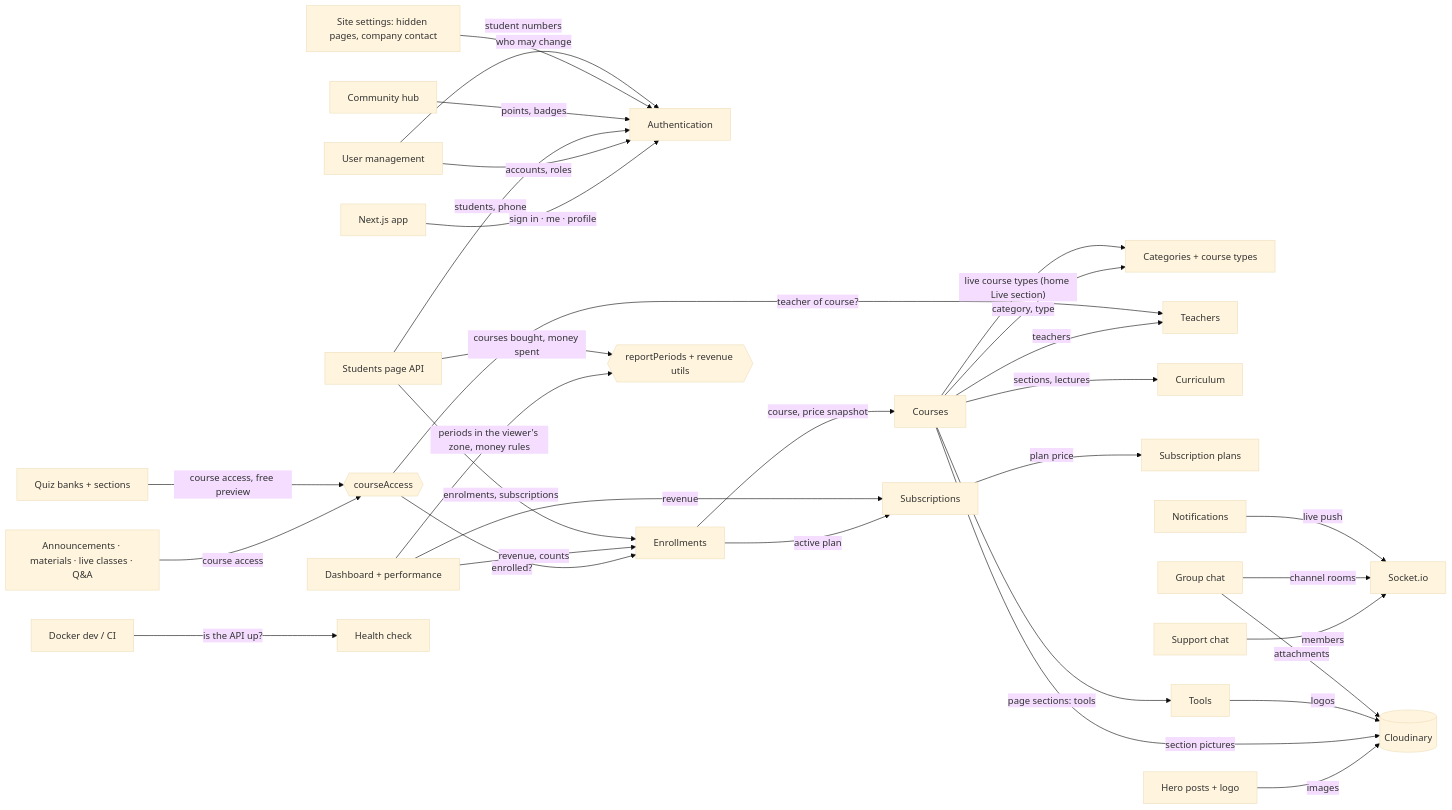
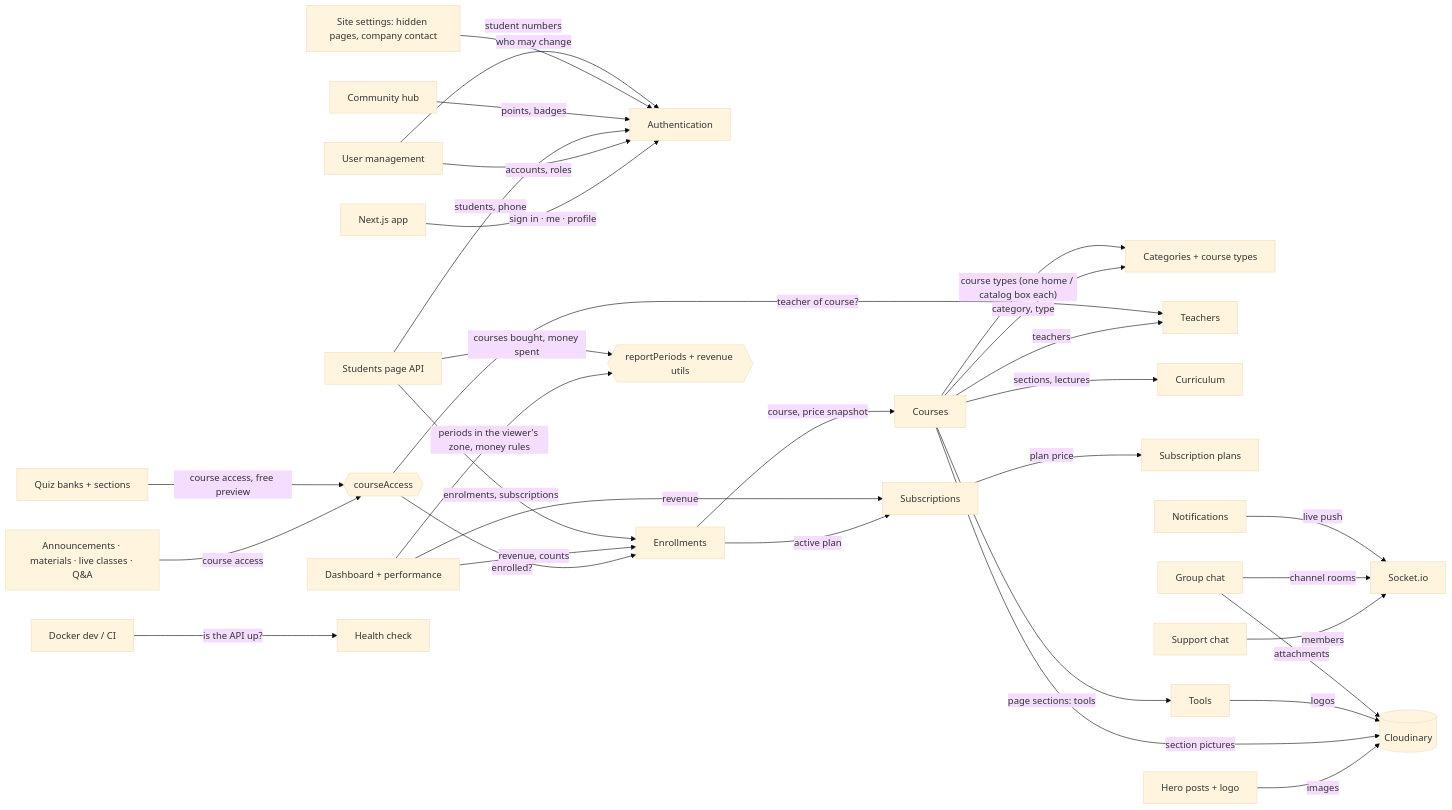
The second of 8 diagrams in docs/architecture.md (Yazdani1/Ed-Tech-Learning-Platforms), drawn with Mermaid (base theme) before and after one commit. The commit also changed 80 other files, not shown here.

First line of the commit message:
feat: one home box per course type, footer social links and payment marks, grouped admin menu, course page bands

````diff
--- a/docs/architecture.md
+++ b/docs/architecture.md
@@ -50,34 +50,34 @@
 ```mermaid
 flowchart LR
     Web[Next.js app] -- "sign in · me · profile" --> Auth[Authentication]
     Admin[User management] -- "accounts, roles" --> Auth
     Courses -- "category, type" --> Setup[Categories + course types]
     Courses -- "teachers" --> Teachers
     Courses -- "sections, lectures" --> Curriculum
     Enrollments -- "course, price snapshot" --> Courses
     Enrollments -- "active plan" --> Subscriptions
     Subscriptions -- "plan price" --> Plans[Subscription plans]
     Content[Announcements · materials · live classes · Q&A] -- "course access" --> Access{{courseAccess}}
     Quiz[Quiz banks + sections] -- "course access, free preview" --> Access
     Access -- "enrolled?" --> Enrollments
     Access -- "teacher of course?" --> Teachers
     Dashboard[Dashboard + performance] -- "revenue, counts" --> Enrollments
     Dashboard -- "revenue" --> Subscriptions
     Dashboard -- "periods in the viewer's zone, money rules" --> Reports{{reportPeriods + revenue utils}}
     Students[Students page API] -- "students, phone" --> Auth
     Students -- "courses bought, money spent" --> Reports
     Students -- "enrolments, subscriptions" --> Enrollments
     Chat[Support chat] -- "members" --> Socket[Socket.io]
     Group[Group chat] -- "channel rooms" --> Socket
     Notifications -- "live push" --> Socket
     Community[Community hub] -- "points, badges" --> Auth
     Showcase[Hero posts + logo] -- "images" --> CLD[(Cloudinary)]
-    Courses -- "live course types (home Live section)" --> Setup
+    Courses -- "course types (one home / catalog box each)" --> Setup
     Courses -- "page sections: tools" --> Tools[Tools]
     Courses -- "section pictures" --> CLD
     Tools -- "logos" --> CLD
     SiteSettings[Site settings: hidden pages, company contact] -- "who may change" --> Auth
     Admin -- "student numbers" --> Auth
     Group -- "attachments" --> CLD
     Docker[Docker dev / CI] -- "is the API up?" --> Health[Health check]
 ```
````
